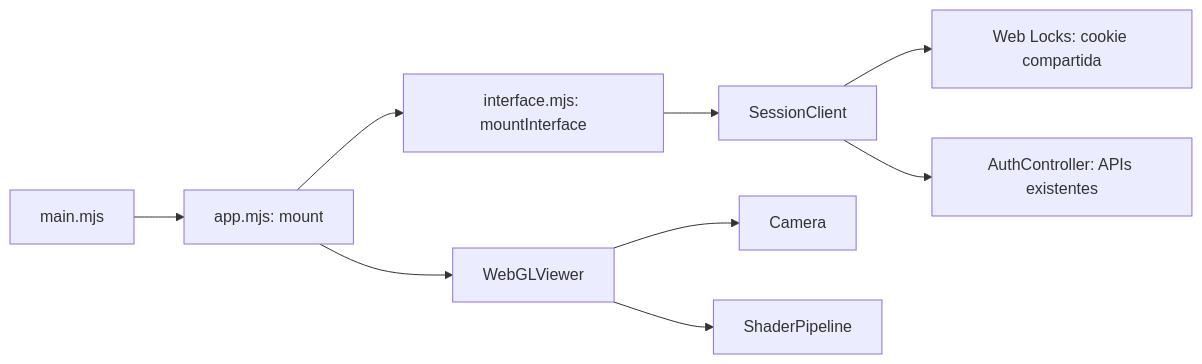
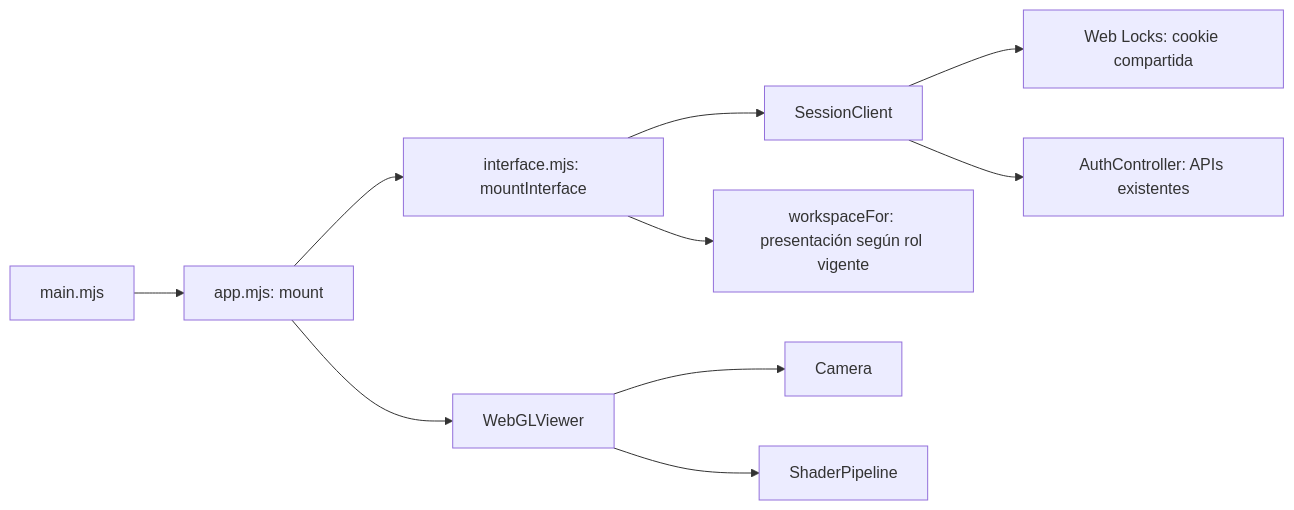
One commit to juancarlosenrmun/MathTutor changed the first of 3 diagrams in brain/06 Diseño/Diagrama de clases.md. Above: the diagram before and after it, drawn with Mermaid. The commit also changed other lines of this file and 2 other files, not shown here.

````diff
--- a/brain/06 Diseño/Diagrama de clases.md
+++ b/brain/06 Diseño/Diagrama de clases.md
@@ -7,11 +7,12 @@
 ```mermaid
 flowchart LR
   Main[main.mjs] --> App[app.mjs: mount]
   App --> Interface[interface.mjs: mountInterface]
   App --> Viewer[WebGLViewer]
   Interface --> Session[SessionClient]
+  Interface --> Workspace[workspaceFor: presentación según rol vigente]
   Session --> Locks[Web Locks: cookie compartida]
   Session --> Auth[AuthController: APIs existentes]
   Viewer --> Camera[Camera]
   Viewer --> Pipeline[ShaderPipeline]
 ```
````
